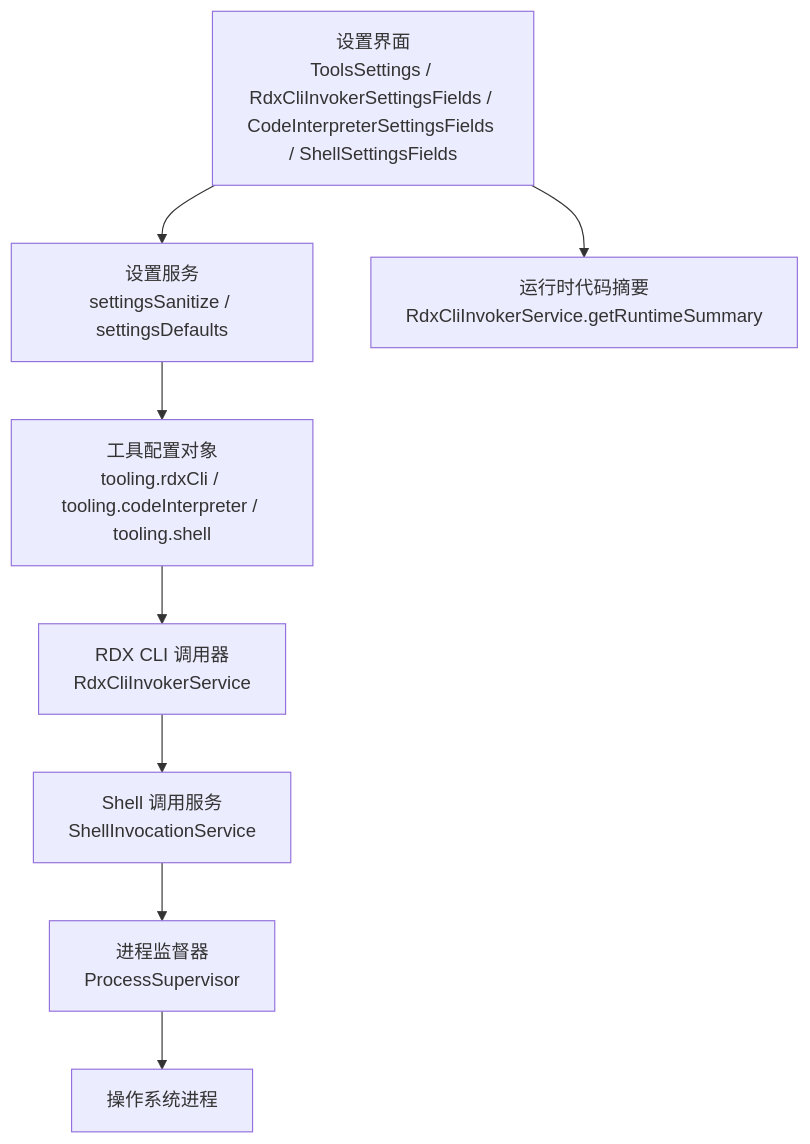
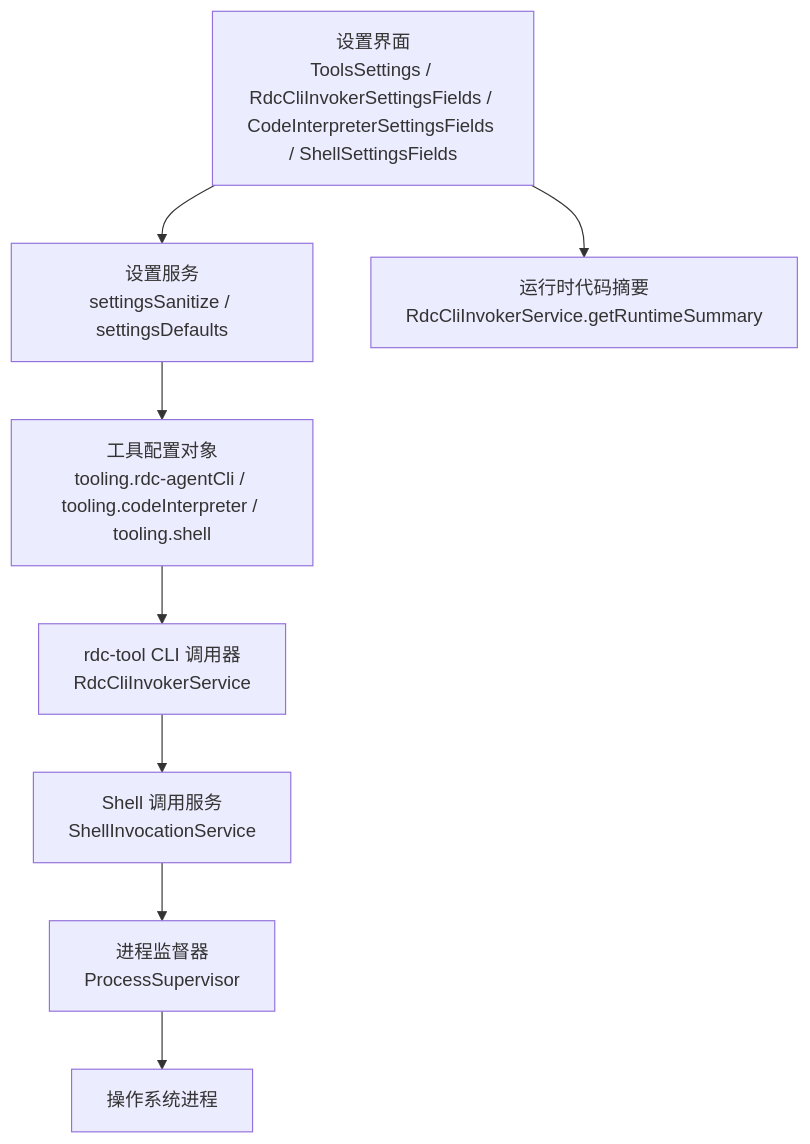
The first of 5 diagrams in .qoder/repowiki/zh/content/用户界面/设置面板/工具设置.md (haolange/RDC-Agent), drawn with Mermaid before and after one commit. The commit also changed other lines of this file and 557 other files, not shown here.

First line of the commit message:
Unify RDC-Agent identity and canonical RDC-Tool integration

````diff
--- a/.qoder/repowiki/zh/content/用户界面/设置面板/工具设置.md
+++ b/.qoder/repowiki/zh/content/用户界面/设置面板/工具设置.md
@@ -45,10 +45,10 @@
 ```mermaid
 graph TB
-UI["设置界面<br/>ToolsSettings / RdxCliInvokerSettingsFields / CodeInterpreterSettingsFields / ShellSettingsFields"] --> Settings["设置服务<br/>settingsSanitize / settingsDefaults"]
-UI --> RuntimeMeta["运行时代码摘要<br/>RdxCliInvokerService.getRuntimeSummary"]
-Settings --> Tooling["工具配置对象<br/>tooling.rdxCli / tooling.codeInterpreter / tooling.shell"]
-Tooling --> Invoker["RDX CLI 调用器<br/>RdxCliInvokerService"]
+UI["设置界面<br/>ToolsSettings / RdcCliInvokerSettingsFields / CodeInterpreterSettingsFields / ShellSettingsFields"] --> Settings["设置服务<br/>settingsSanitize / settingsDefaults"]
+UI --> RuntimeMeta["运行时代码摘要<br/>RdcCliInvokerService.getRuntimeSummary"]
+Settings --> Tooling["工具配置对象<br/>tooling.rdc-agentCli / tooling.codeInterpreter / tooling.shell"]
+Tooling --> Invoker["rdc-tool CLI 调用器<br/>RdcCliInvokerService"]
 Invoker --> ShellSvc["Shell 调用服务<br/>ShellInvocationService"]
 ShellSvc --> Proc["进程监督器<br/>ProcessSupervisor"]
 Proc --> OS["操作系统进程"]
 ```
````
